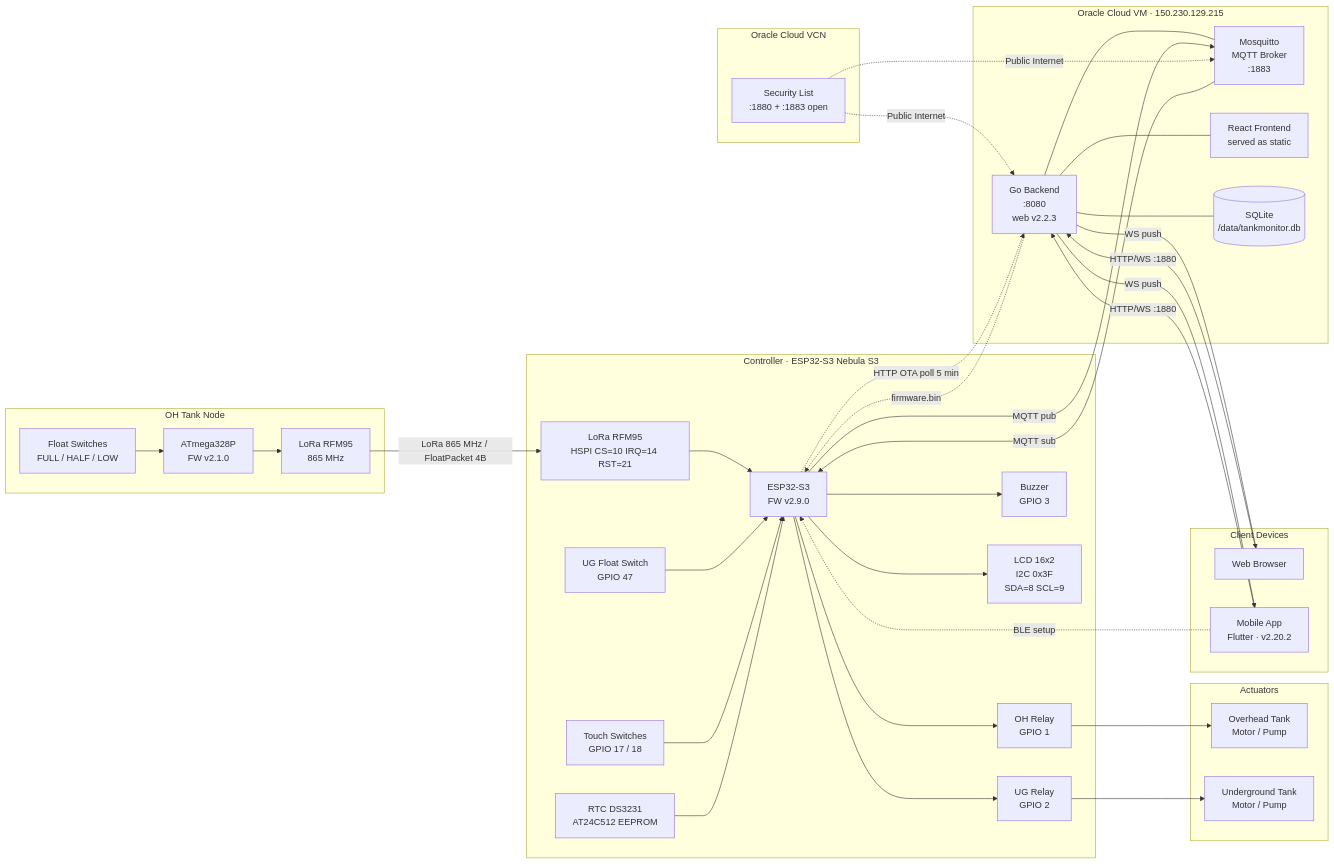
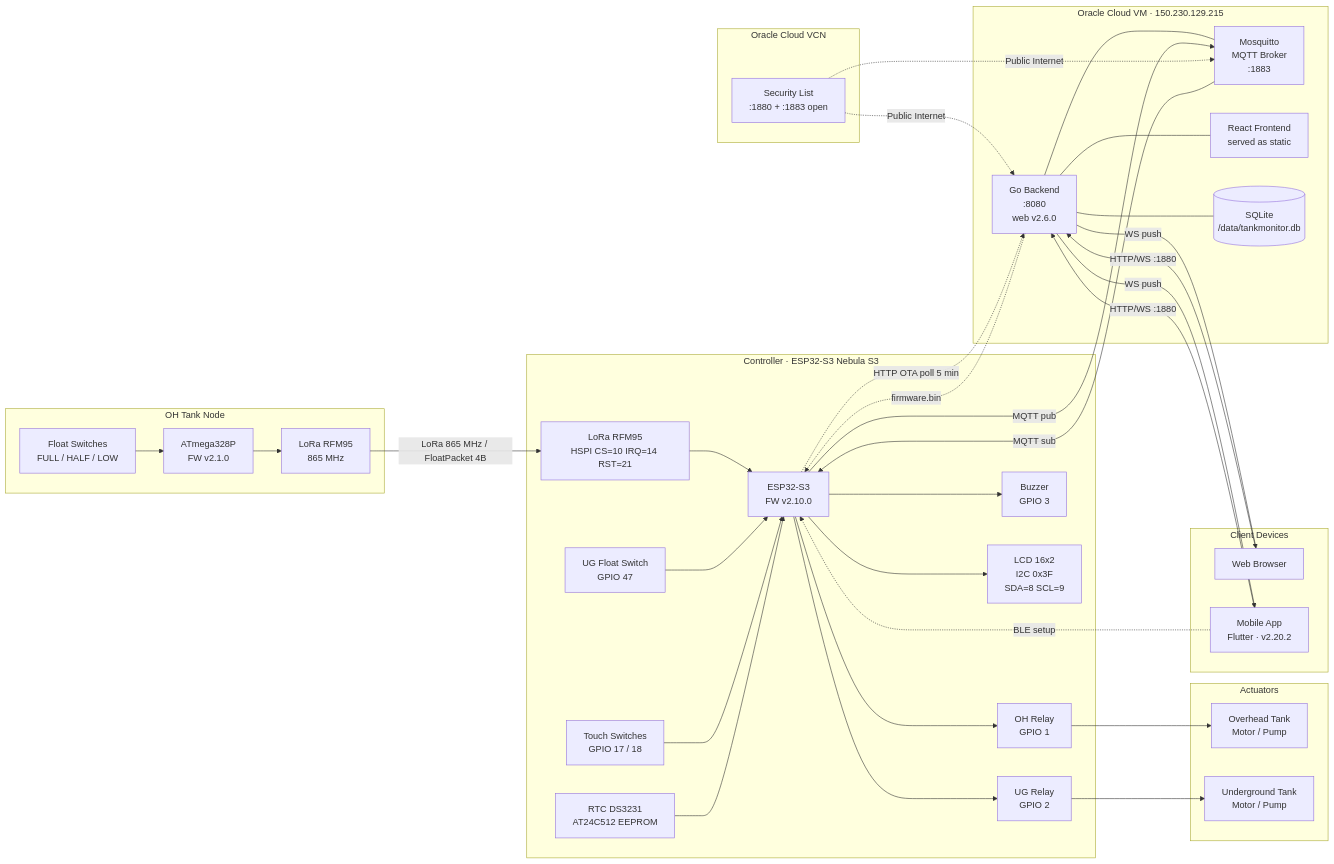
The second of 2 diagrams in README.md (nperiannan/TankMonitor), drawn with Mermaid before and after one commit. The commit also changed other lines of this file and 16 other files, not shown here.

````diff
--- a/README.md
+++ b/README.md
@@ -39,72 +39,72 @@
 ```mermaid
 flowchart LR
     subgraph OH_Node["OH Tank Node"]
         F_OH["Float Switches\nFULL / HALF / LOW"]
         TXmcu["ATmega328P\nFW v2.1.0"]
         TXlora["LoRa RFM95\n865 MHz"]
         F_OH --> TXmcu --> TXlora
     end
 
     subgraph ESP32["Controller · ESP32-S3 Nebula S3"]
         RXlora["LoRa RFM95\nHSPI CS=10 IRQ=14 RST=21"]
         F_UG["UG Float Switch\nGPIO 47"]
         TOUCH["Touch Switches\nGPIO 17 / 18"]
-        MCU["ESP32-S3\nFW v2.9.0"]
+        MCU["ESP32-S3\nFW v2.10.0"]
         R_OH["OH Relay\nGPIO 1"]
         R_UG["UG Relay\nGPIO 2"]
         BUZ["Buzzer\nGPIO 3"]
         LCD["LCD 16x2\nI2C 0x3F\nSDA=8 SCL=9"]
         RTC["RTC DS3231\nAT24C512 EEPROM"]
 
         RXlora --> MCU
         F_UG --> MCU
         TOUCH --> MCU
         RTC --> MCU
         MCU --> R_OH
         MCU --> R_UG
         MCU --> BUZ
         MCU --> LCD
     end
 
     subgraph Actuators["Actuators"]
         OH_M["Overhead Tank\nMotor / Pump"]
         UG_M["Underground Tank\nMotor / Pump"]
     end
 
     subgraph OCI["Oracle Cloud VM · 150.230.129.215"]
         MQ["Mosquitto\nMQTT Broker\n:1883"]
-        GO["Go Backend\n:8080\nweb v2.2.3"]
+        GO["Go Backend\n:8080\nweb v2.6.0"]
         STATIC["React Frontend\nserved as static"]
         DB[("SQLite\n/data/tankmonitor.db")]
         GO --- MQ
         GO --- DB
         GO --- STATIC
     end
 
     subgraph Cloud["Oracle Cloud VCN"]
         PF["Security List\n:1880 + :1883 open"]
     end
 
     subgraph Clients["Client Devices"]
         BROWSER["Web Browser"]
         PHONE["Mobile App\nFlutter · v2.20.2"]
     end
 
     TXlora -->|"LoRa 865 MHz / FloatPacket 4B"| RXlora
     R_OH --> OH_M
     R_UG --> UG_M
 
     MCU -->|"MQTT pub"| MQ
     MQ -->|"MQTT sub"| MCU
     MCU -.->|"HTTP OTA poll 5 min"| GO
     GO -.->|"firmware.bin"| MCU
 
     BROWSER -->|"HTTP/WS :1880"| GO
     GO -->|"WS push"| BROWSER
     PHONE -->|"HTTP/WS :1880"| GO
     GO -->|"WS push"| PHONE
     PHONE -.->|"BLE setup"| MCU
 
     PF -.->|"Public Internet"| GO
     PF -.->|"Public Internet"| MQ
 ```
````
